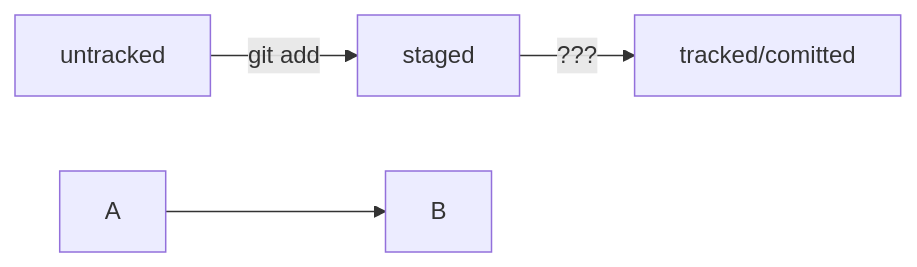
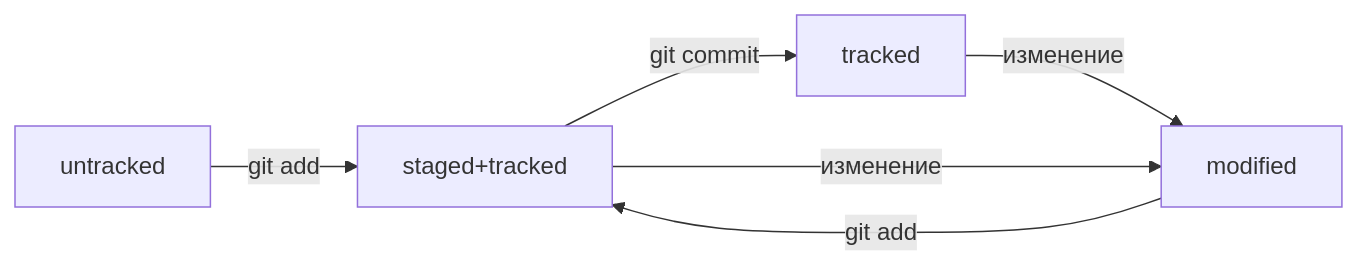
The diagram in readme.md (m0u5ec/git-notes), drawn with Mermaid before and after one commit.

Commit message:
Освоение схемы в маркдауне, дубль 2

````diff
--- a/readme.md
+++ b/readme.md
@@ -32,10 +32,9 @@
 ```mermaid
 %% описание схемы
 graph LR;
-  untracked -- "git add" --> staged;
-  staged    -- "???"     --> tracked/comitted;
-
-%% стрелка без текста для примера: 
-  A --> B;
+  untracked -- "git add" --> staged+tracked -- "git commit" --> tracked;
+  modified -- "git add" --> staged+tracked;
+  tracked -- "изменение" --> modified;
+  staged+tracked -- "изменение" --> modified;
 
 ```
````
